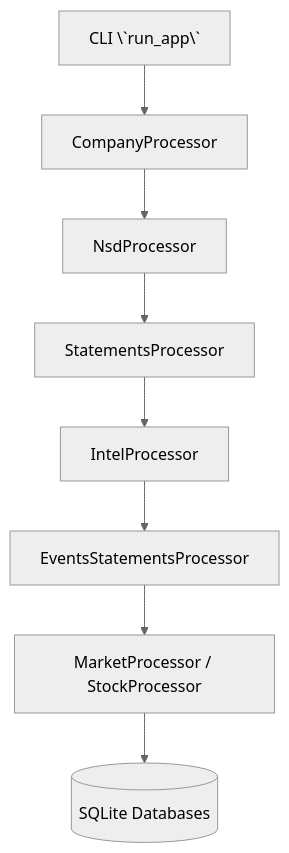
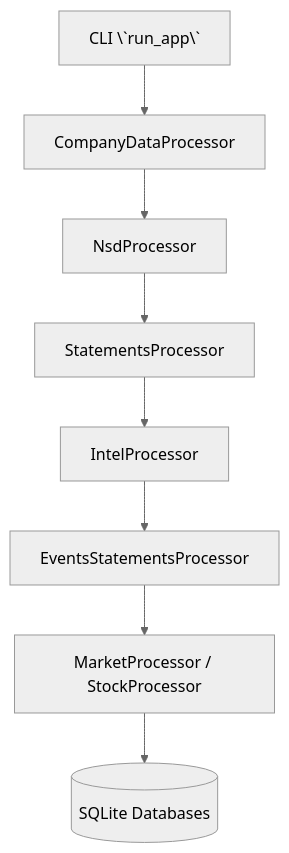
Before and after one commit to faustostangler/FL2: the diagram in legacy/README.md, drawn with Mermaid (neutral theme). The commit also changed other lines of this file and 52 other files, not shown here.

Commit message:
company_data big rename

````diff
--- a/legacy/README.md
+++ b/legacy/README.md
@@ -30,10 +30,10 @@
 ```mermaid
 graph TD
-    A[CLI \`run_app\`] --> B[CompanyProcessor]
+    A[CLI \`run_app\`] --> B[CompanyDataProcessor]
     B --> C[NsdProcessor]
     C --> D[StatementsProcessor]
     D --> E[IntelProcessor]
     E --> F[EventsStatementsProcessor]
     F --> G[MarketProcessor / StockProcessor]
     G --> H[(SQLite Databases)]
 ```
````
